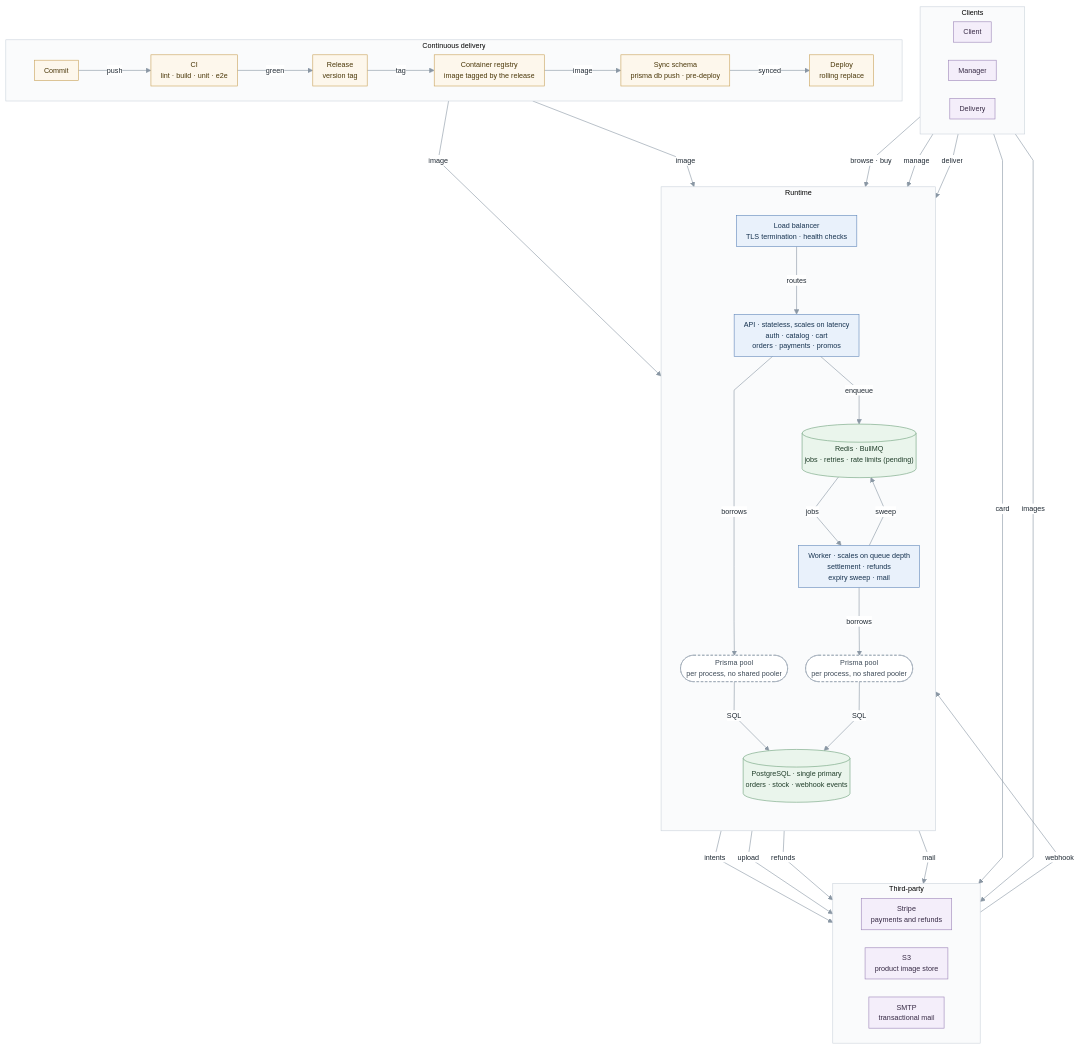
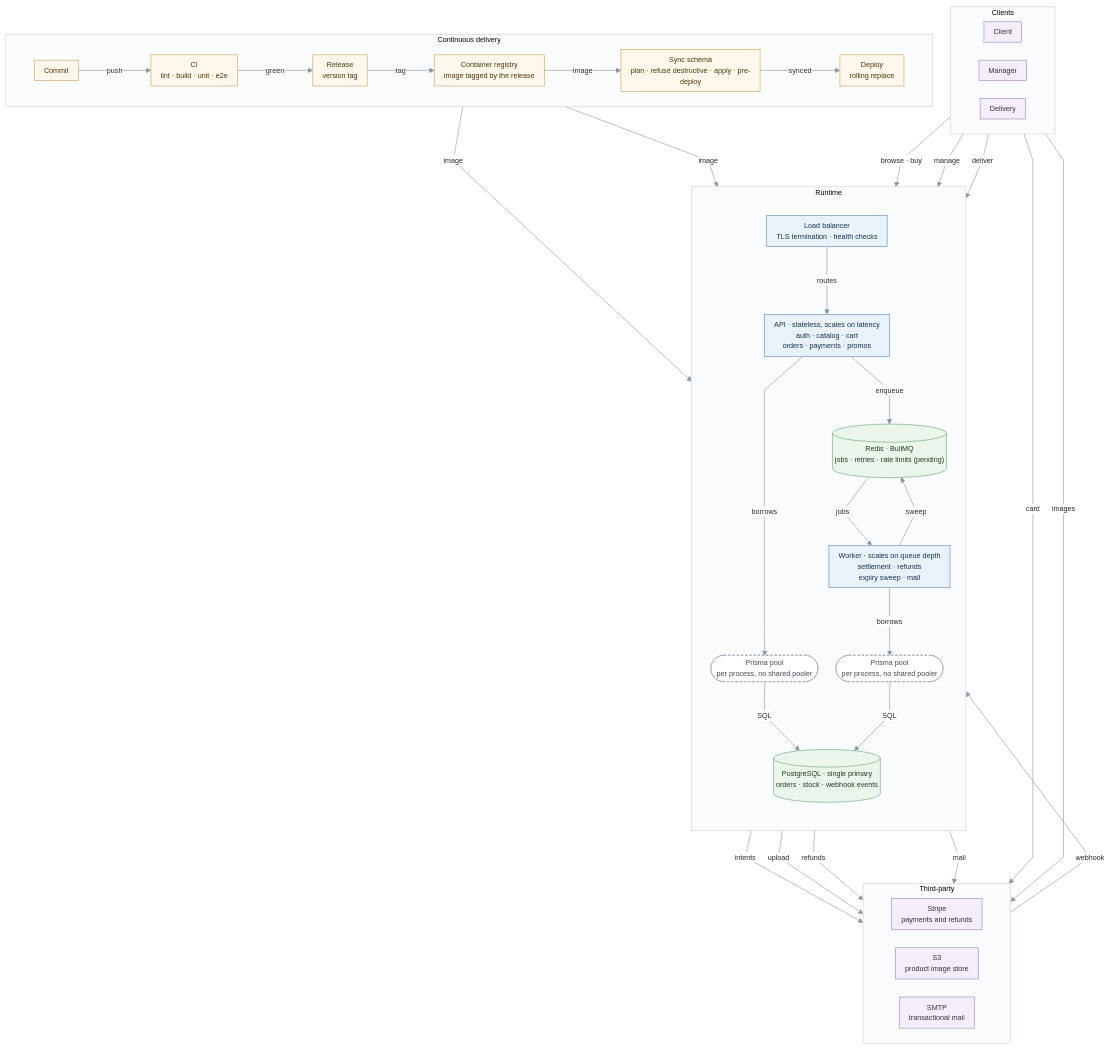
Before and after one commit to fabianespinoza-ravn/tshirt-store-api: the diagram in docs/ARQUITECTURA.md, drawn with Mermaid. The commit also changed other lines of this file and 7 other files, not shown here.

First line of the commit message:
chore(prisma): plan, refuse destructive changes and apply the schema without prompting (#25)

````diff
--- a/docs/ARQUITECTURA.md
+++ b/docs/ARQUITECTURA.md
@@ -3,70 +3,70 @@
 ```mermaid
 %%{init: {"theme":"base","themeVariables":{"fontFamily":"Segoe UI, Helvetica, Arial, sans-serif","fontSize":"12px","lineColor":"#8a97a4","primaryColor":"#eef2f6","primaryTextColor":"#1f2933","primaryBorderColor":"#9aa7b4","clusterBkg":"#fafbfc","clusterBorder":"#ccd4dc","edgeLabelBackground":"#ffffff"},"flowchart":{"curve":"linear","nodeSpacing":30,"rankSpacing":70,"padding":8}}}%%
 flowchart TB
   subgraph USR["Clients"]
     direction LR
     CL["Client"]
     MG["Manager"]
     DL["Delivery"]
   end
 
   subgraph RT["Runtime"]
     direction TB
     LB["Load balancer<br/>TLS termination · health checks"]
     API["API · stateless, scales on latency<br/>auth · catalog · cart<br/>orders · payments · promos"]
     AP(["Prisma pool<br/>per process, no shared pooler"])
     RD[("Redis · BullMQ<br/>jobs · retries · rate limits (pending)")]
     WK["Worker · scales on queue depth<br/>settlement · refunds<br/>expiry sweep · mail"]
     WP(["Prisma pool<br/>per process, no shared pooler"])
     PG[("PostgreSQL · single primary<br/>orders · stock · webhook events")]
 
     LB -->|"routes"| API
     API -->|"borrows"| AP
     API -->|"enqueue"| RD
     RD -->|"jobs"| WK
     WK -->|"sweep"| RD
     WK -->|"borrows"| WP
     AP -->|"SQL"| PG
     WP -->|"SQL"| PG
   end
 
   subgraph EXT["Third-party"]
     direction LR
     ST["Stripe<br/>payments and refunds"]
     S3["S3<br/>product image store"]
     MAIL["SMTP<br/>transactional mail"]
   end
 
   subgraph CD["Continuous delivery"]
     direction LR
     C["Commit"] -->|"push"| CI["CI<br/>lint · build · unit · e2e"]
     CI -->|"green"| REL["Release<br/>version tag"]
     REL -->|"tag"| REG["Container registry<br/>image tagged by the release"]
-    REG -->|"image"| MIG["Sync schema<br/>prisma db push · pre-deploy"]
+    REG -->|"image"| MIG["Sync schema<br/>plan · refuse destructive · apply · pre-deploy"]
     MIG -->|"synced"| DEP["Deploy<br/>rolling replace"]
   end
 
   CL -->|"browse · buy"| LB
   MG -->|"manage"| LB
   DL -->|"deliver"| LB
   CL -->|"card"| ST
   CL -->|"images"| S3
   ST -->|"webhook"| LB
   API -->|"intents"| ST
   API -->|"upload"| S3
   WK -->|"refunds"| ST
   WK -->|"mail"| MAIL
   DEP -->|"image"| API
   DEP -->|"image"| WK
 
   classDef pipe fill:#fdf7ec,stroke:#c9a35c,color:#4a3708
   classDef proc fill:#e9f1fb,stroke:#6389bb,color:#16324f
   classDef pool fill:#ffffff,stroke:#9aa7b4,stroke-dasharray:4 3,color:#3d4a57
   classDef store fill:#eaf5ec,stroke:#6fa17d,color:#1f3d29
   classDef ext fill:#f4eefa,stroke:#9d86b9,color:#372a45
   class C,CI,REL,REG,MIG,DEP pipe
   class LB,API,WK proc
   class AP,WP pool
   class PG,RD store
   class CL,MG,DL,ST,S3,MAIL ext
 ```
````
